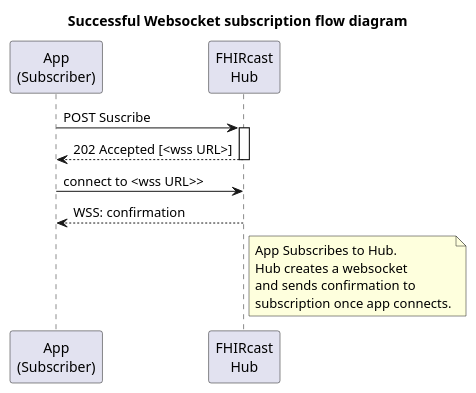
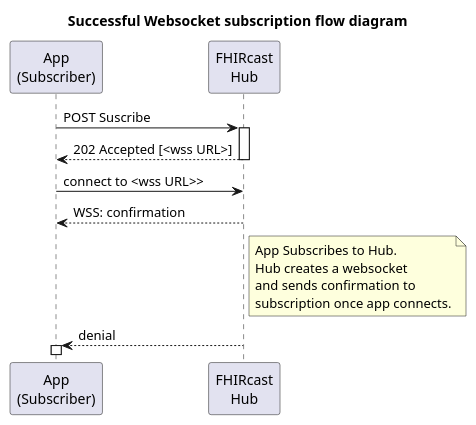
The diagram in input/images-source/SuccessfulWebSocketSubscriptionSequence.plantuml (HL7/fhircast-docs), drawn with PlantUML before and after one commit. The commit also changed 1 other file, not shown here.

Commit message:
Minor sequence diagram updates

```diff
--- a/input/images-source/SuccessfulWebSocketSubscriptionSequence.plantuml
+++ b/input/images-source/SuccessfulWebSocketSubscriptionSequence.plantuml
@@ -1,20 +1,22 @@
 @startuml
 
 title Successful Websocket subscription flow diagram
 
 participant "App\n(Subscriber)" as Subscriber
 participant "FHIRcast\nHub" as Hub
 
 Subscriber -> Hub++: POST Suscribe
 Subscriber <-- Hub--: 202 Accepted [<wss URL>]
 Subscriber -> Hub: connect to <wss URL>>
 Subscriber <-- Hub: WSS: confirmation
 
 note right of Hub
     App Subscribes to Hub. 
     Hub creates a websocket
     and sends confirmation to 
     subscription once app connects.
 end note
 
+Hub --> Subscriber++: denial
+
 @enduml
```
